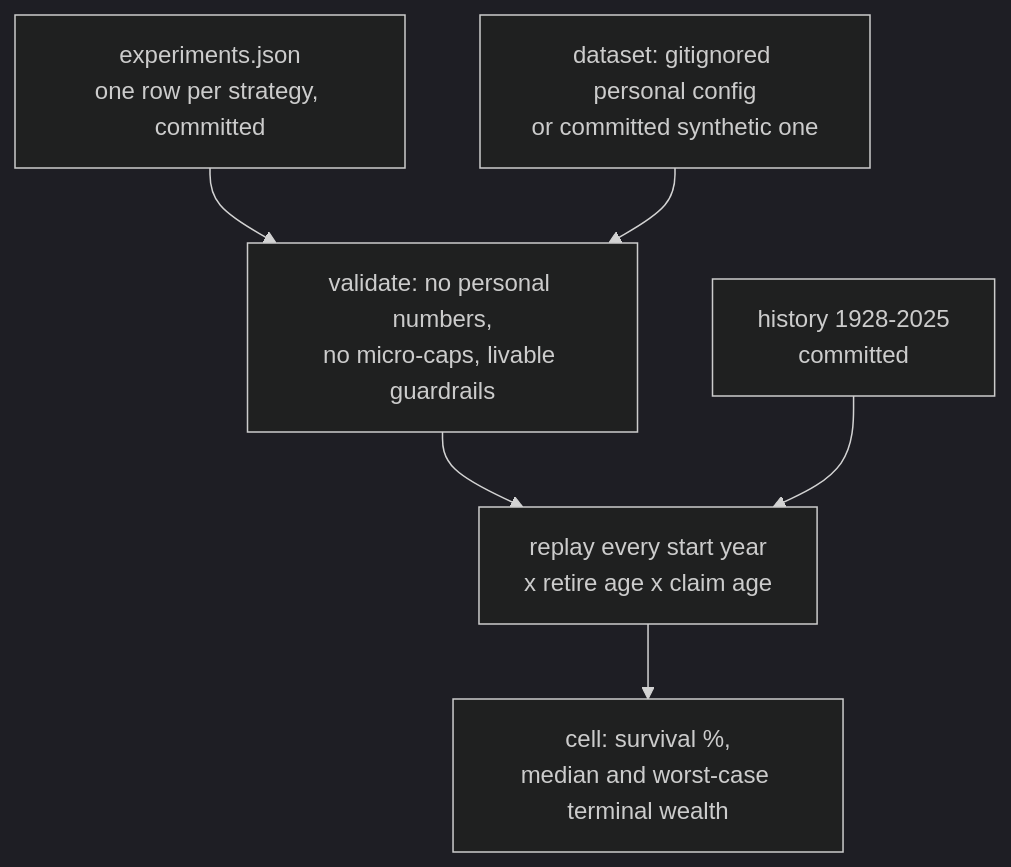
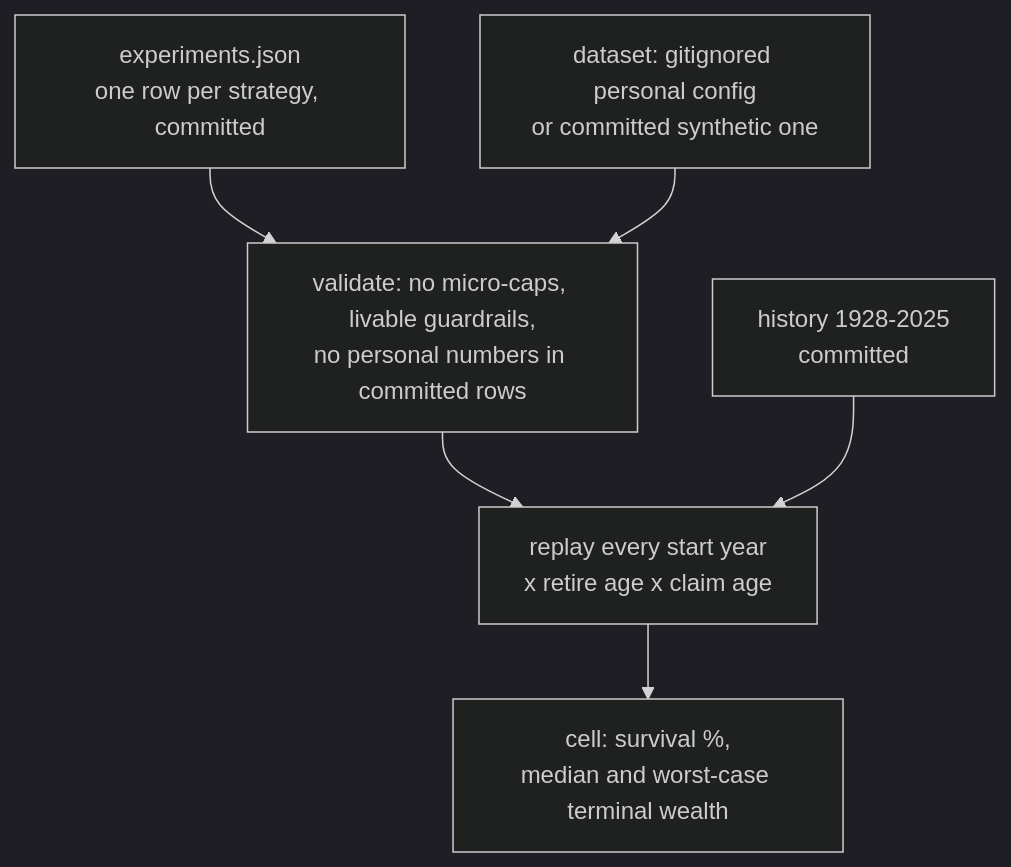
One commit to jonborchardt/blog changed the first of 3 diagrams in src/content/posts/retirement-simulator-ai-lab/index.mdx. Above: the diagram before and after it, drawn with Mermaid (dark theme). The commit also changed other lines of this file and 3 other files, not shown here.

````diff
--- a/src/content/posts/retirement-simulator-ai-lab/index.mdx
+++ b/src/content/posts/retirement-simulator-ai-lab/index.mdx
@@ -56,13 +61,13 @@
 ```mermaid
 flowchart TB
   accTitle: How a JSON experiment row becomes a scored cell
   accDescr: Committed experiment rows and the committed 1928 to 2025 history feed a validation step together with the chosen dataset, either a gitignored personal config or a committed synthetic one; the validated inputs reach the simulator, which replays every start year at every retirement and claim age and writes survival percentage plus median and worst-case terminal wealth into one results cell per strategy and age.
   E["experiments.json<br/>one row per strategy, committed"]
   H["history 1928-2025<br/>committed"]
   C["dataset: gitignored personal config<br/>or committed synthetic one"]
   E --> V
   C --> V
-  V["validate: no personal numbers,<br/>no micro-caps, livable guardrails"] --> S
+  V["validate: no micro-caps, livable guardrails,<br/>no personal numbers in committed rows"] --> S
   H --> S
   S["replay every start year<br/>x retire age x claim age"] --> R["cell: survival %,<br/>median and worst-case terminal wealth"]
 ```
````
